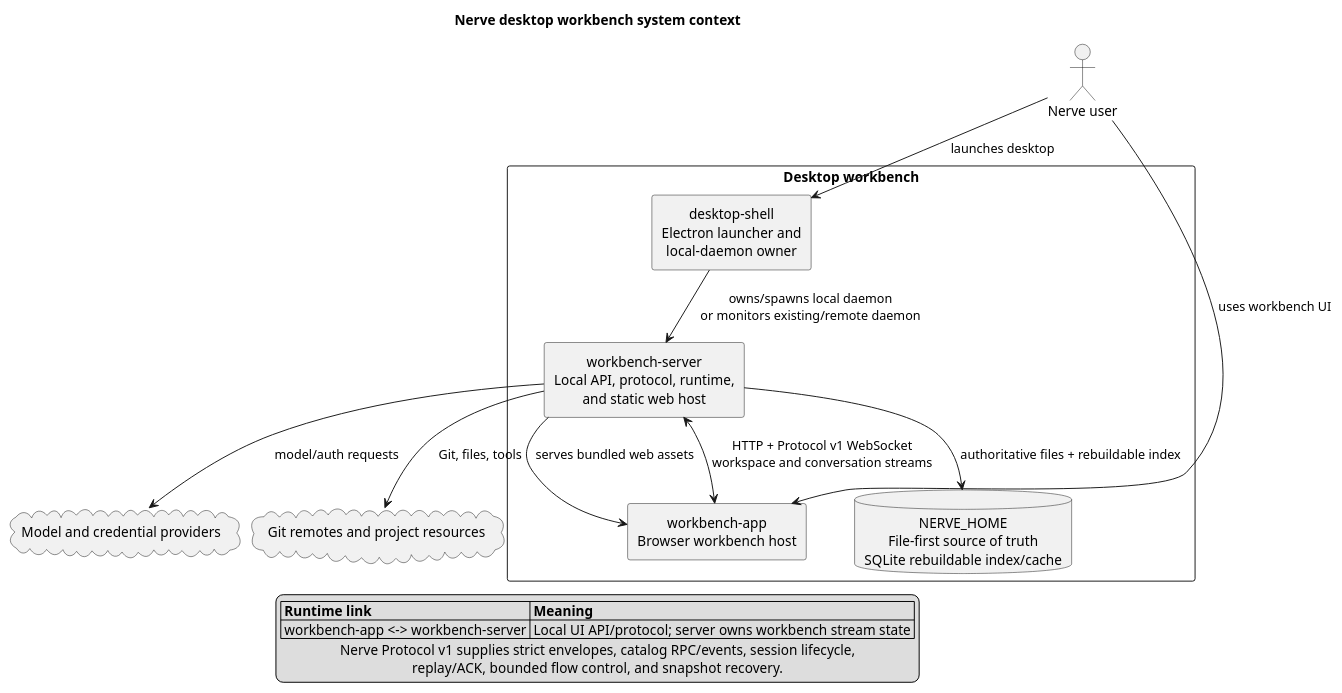
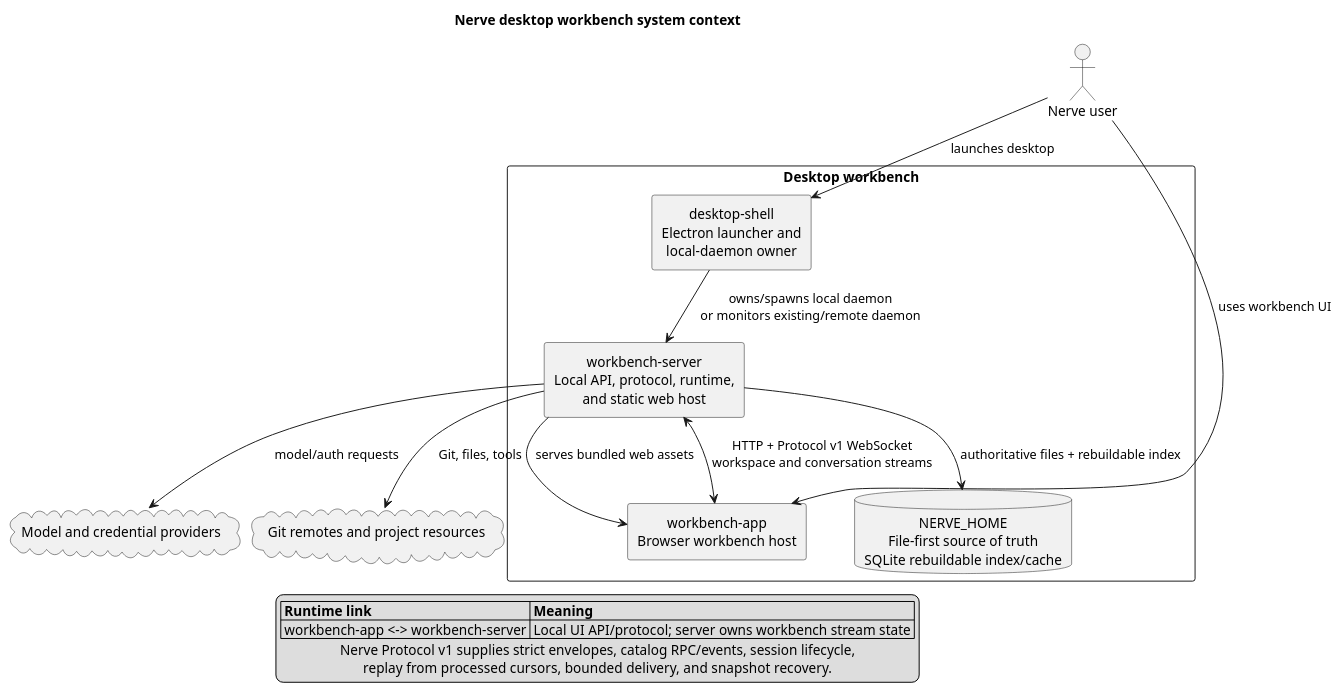
Before and after one commit to ThilinaTLM/nerve: the diagram in docs/architecture/01-system-context.puml, drawn with PlantUML. The commit also changed 115 other files, not shown here.

```diff
--- a/docs/architecture/01-system-context.puml
+++ b/docs/architecture/01-system-context.puml
@@ -1,39 +1,39 @@
 @startuml
 !pragma layout smetana
 skinparam shadowing false
 skinparam componentStyle rectangle
 skinparam packageStyle rectangle
 skinparam defaultTextAlignment center
 skinparam ArrowThickness 1
 
 title Nerve desktop workbench system context
 
 actor "Nerve user" as user
 
 rectangle "Desktop workbench" as local {
   component "desktop-shell\nElectron launcher and\nlocal-daemon owner" as desktop
   component "workbench-app\nBrowser workbench host" as workbench_app
   component "workbench-server\nLocal API, protocol, runtime,\nand static web host" as workbench_server
   database "NERVE_HOME\nFile-first source of truth\nSQLite rebuildable index/cache" as nerve_home
 }
 
 cloud "Model and credential providers" as providers
 cloud "Git remotes and project resources" as resources
 
 user --> desktop : launches desktop
 user --> workbench_app : uses workbench UI
 
 desktop --> workbench_server : owns/spawns local daemon\nor monitors existing/remote daemon
 workbench_server --> workbench_app : serves bundled web assets
 workbench_app <--> workbench_server : HTTP + Protocol v1 WebSocket\nworkspace and conversation streams
 workbench_server --> nerve_home : authoritative files + rebuildable index
 workbench_server --> providers : model/auth requests
 workbench_server --> resources : Git, files, tools
 
 legend bottom
   |= Runtime link |= Meaning |
   | workbench-app <-> workbench-server | Local UI API/protocol; server owns workbench stream state |
   Nerve Protocol v1 supplies strict envelopes, catalog RPC/events, session lifecycle,
-  replay/ACK, bounded flow control, and snapshot recovery.
+  replay from processed cursors, bounded delivery, and snapshot recovery.
 endlegend
 @enduml
```
